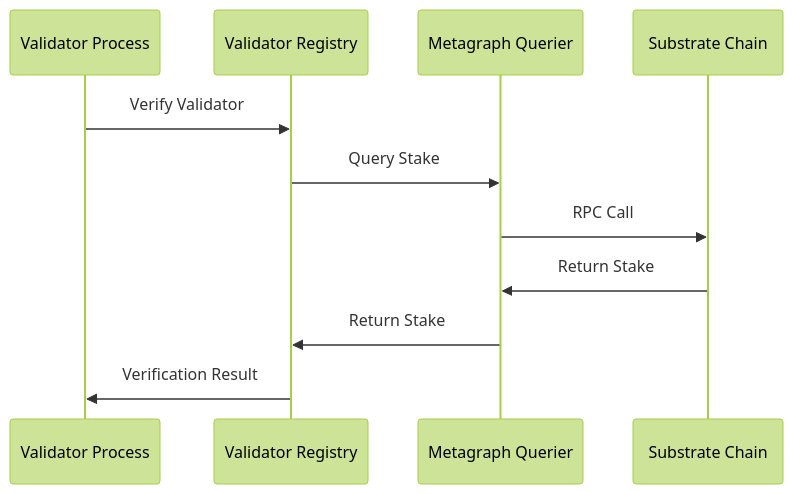
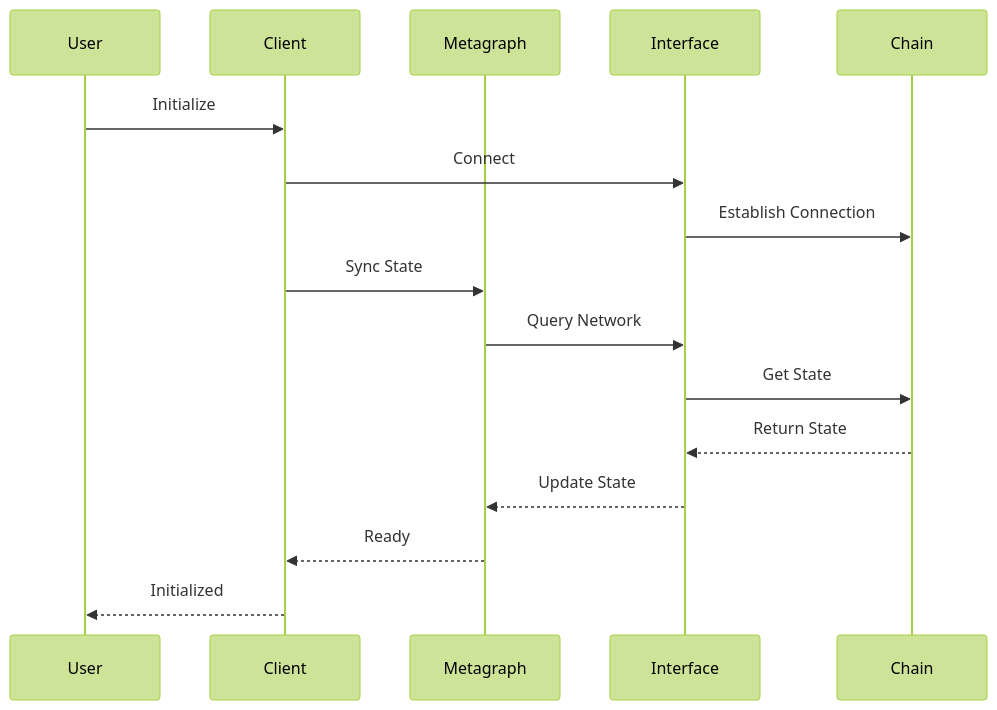
The second of 2 diagrams in ARCHITECTURE.md (Nickel5-Inc/mycelium), drawn with Mermaid (forest theme) before and after one commit. The commit also changed other lines of this file and 13 other files, not shown here.

````diff
--- a/ARCHITECTURE.md
+++ b/ARCHITECTURE.md
@@ -58,14 +128,19 @@
 ```mermaid
 sequenceDiagram
-    participant VP as Validator Process
-    participant VR as Validator Registry
-    participant MQ as Metagraph Querier
-    participant SC as Substrate Chain
+    participant User
+    participant Client
+    participant Metagraph
+    participant Interface
+    participant Chain
 
-    VP->>VR: Verify Validator
-    VR->>MQ: Query Stake
-    MQ->>SC: RPC Call
-    SC->>MQ: Return Stake
-    MQ->>VR: Return Stake
-    VR->>VP: Verification Result
+    User->>Client: Initialize
+    Client->>Interface: Connect
+    Interface->>Chain: Establish Connection
+    Client->>Metagraph: Sync State
+    Metagraph->>Interface: Query Network
+    Interface->>Chain: Get State
+    Chain-->>Interface: Return State
+    Interface-->>Metagraph: Update State
+    Metagraph-->>Client: Ready
+    Client-->>User: Initialized
 ```
````
